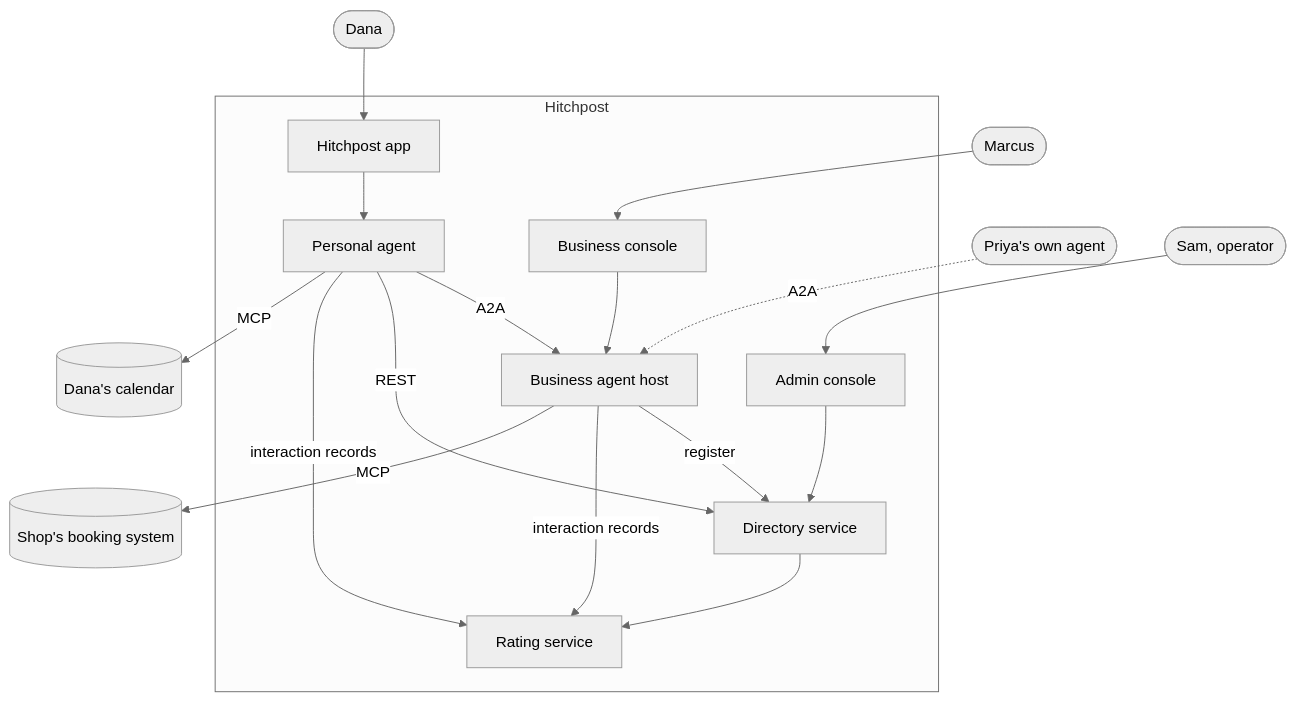
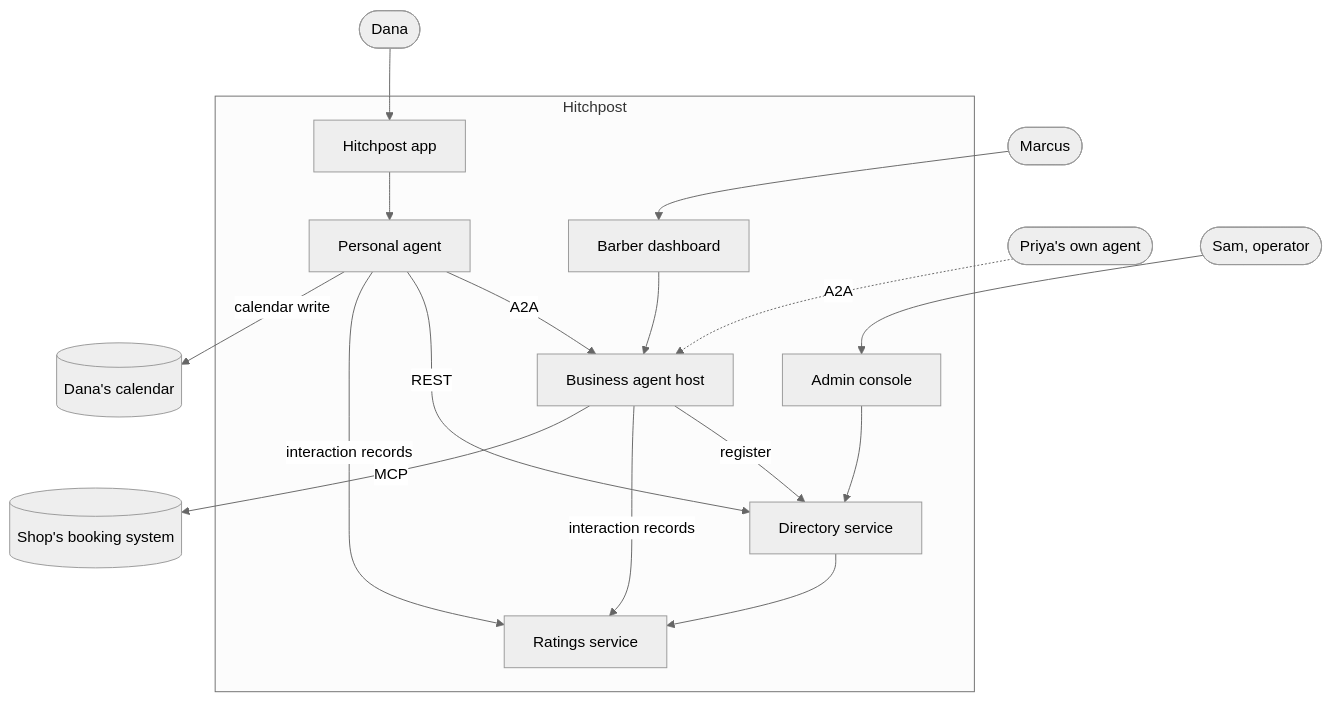
Before and after one commit to Jannisar01/hitchpost: the second of 7 diagrams in docs/sad/10-architecture.md, drawn with Mermaid (neutral theme). The commit also changed other lines of this file and 21 other files, not shown here.

````diff
--- a/docs/sad/10-architecture.md
+++ b/docs/sad/10-architecture.md
@@ -35,22 +81,22 @@
 ```mermaid
 flowchart TB
   dana([Dana]) --> app[Hitchpost app]
-  marcus([Marcus]) --> console[Business console]
+  marcus([Marcus]) --> dash[Barber dashboard]
   priya([Priya's own agent]) -. A2A .-> bizAgent
   sam([Sam, operator]) --> admin[Admin console]
 
   subgraph Hitchpost
     app --> personal[Personal agent]
-    console --> bizAgent[Business agent host]
+    dash --> bizAgent[Business agent host]
     personal -- A2A --> bizAgent
     personal -- REST --> dir[Directory service]
     bizAgent -- register --> dir
     admin --> dir
-    personal -- interaction records --> rate[Rating service]
+    personal -- interaction records --> rate[Ratings service]
     bizAgent -- interaction records --> rate
     dir --> rate
   end
 
   bizAgent -- MCP --> booking[(Shop's booking system)]
-  personal -- MCP --> cal[(Dana's calendar)]
+  personal -- calendar write --> cal[(Dana's calendar)]
 ```
````
